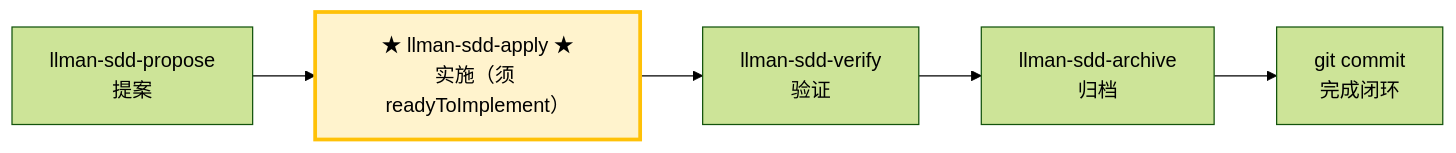
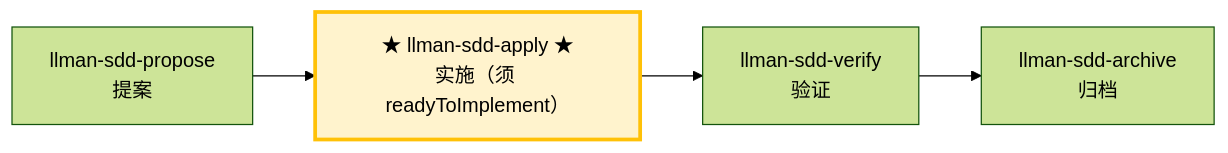
Before and after one commit to StrayDragon/llman: the diagram in templates/sdd/zh-Hans/skills/llman-sdd-apply.md, drawn with Mermaid (forest theme). The commit also changed other lines of this file and 48 other files, not shown here.

````diff
--- a/templates/sdd/zh-Hans/skills/llman-sdd-apply.md
+++ b/templates/sdd/zh-Hans/skills/llman-sdd-apply.md
@@ -23,10 +23,9 @@
 ```mermaid
 flowchart LR
     propose["llman-sdd-propose<br/>提案"] --> apply
     apply["★ llman-sdd-apply ★<br/>实施（须 readyToImplement）"]
     apply --> verify["llman-sdd-verify<br/>验证"]
     verify --> archive["llman-sdd-archive<br/>归档"]
-    archive --> commit["git commit<br/>完成闭环"]
 
     style apply fill:#fff3cd,stroke:#ffc107,stroke-width:3px
 ```
````
